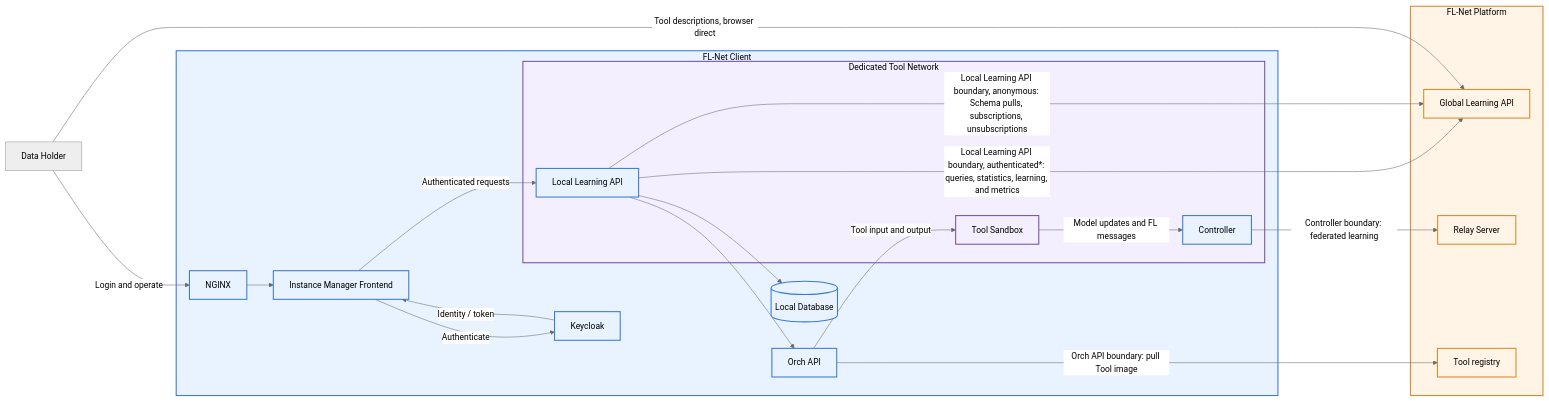
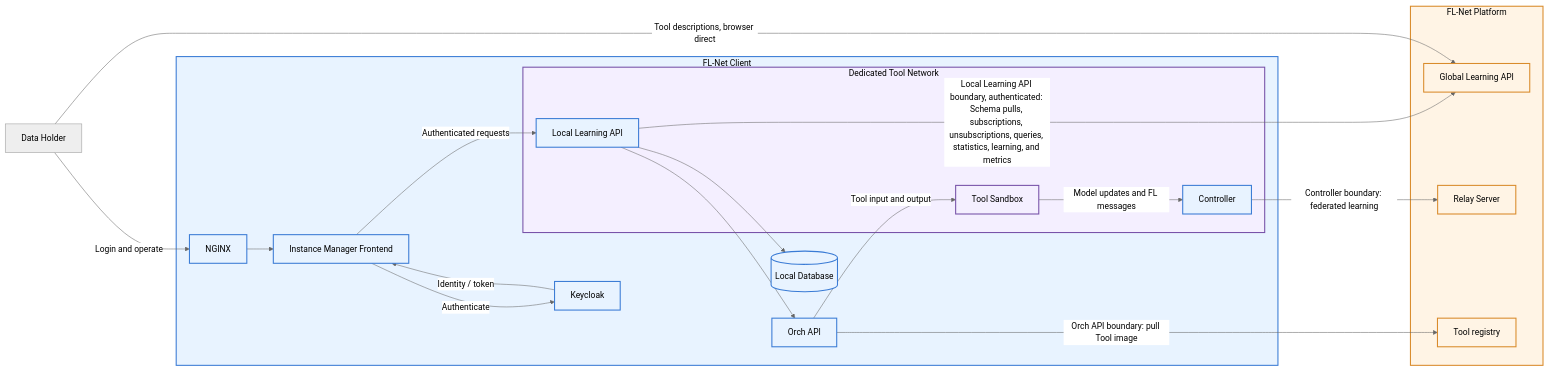
Diagram 12 of 12 in docs/intro/architecture/data-flow-client.md (FedLearnNet/Documentation), drawn with Mermaid (neutral theme) before and after one commit. The commit also changed other lines of this file and 5 other files, not shown here.

````diff
--- a/docs/intro/architecture/data-flow-client.md
+++ b/docs/intro/architecture/data-flow-client.md
@@ -584,51 +584,50 @@
 ```mermaid
 flowchart LR
     USER[Data Holder]
 
     subgraph CLIENT[FL-Net Client]
         NGINX[NGINX]
         FE[Instance Manager Frontend]
         KC[Keycloak]
         DB[(Local Database)]
         ORCH[Orch API]
 
         subgraph TOOLNETWORK[Dedicated Tool Network]
             LLA[Local Learning API]
             CTRL[Controller]
             TOOL[Tool Sandbox]
         end
     end
 
     subgraph PLATFORM[FL-Net Platform]
         GLA[Global Learning API]
         RELAY[Relay Server]
         REG[Tool registry]
     end
 
     classDef client fill:#e8f3ff,stroke:#3a7bd5,stroke-width:2px,color:#000
     classDef toolnet fill:#f4efff,stroke:#7651a8,stroke-width:2px,color:#000
     classDef platform fill:#fff4e5,stroke:#d98b2b,stroke-width:2px,color:#000
 
     class NGINX,FE,KC,DB,ORCH,LLA,CTRL client
     class TOOL toolnet
     class GLA,RELAY,REG platform
 
     style CLIENT fill:#e8f3ff,stroke:#3a7bd5,stroke-width:2px,color:#000
     style TOOLNETWORK fill:#f4efff,stroke:#7651a8,stroke-width:2px,color:#000
     style PLATFORM fill:#fff4e5,stroke:#d98b2b,stroke-width:2px,color:#000
 
     USER -->|Login and operate| NGINX
     NGINX --> FE
     FE -->|Authenticate| KC
     KC -->|Identity / token| FE
     FE -->|Authenticated requests| LLA
     LLA --> DB
     LLA --> ORCH
     ORCH -->|Tool input and output| TOOL
     ORCH -->|Orch API boundary: pull Tool image| REG
     TOOL -->|Model updates and FL messages| CTRL
     CTRL -->|Controller boundary: federated learning| RELAY
-    LLA -->|Local Learning API boundary, authenticated*: queries, statistics, learning, and metrics| GLA
-    LLA -->|Local Learning API boundary, anonymous: Schema pulls, subscriptions, unsubscriptions| GLA
+    LLA -->|Local Learning API boundary, authenticated: Schema pulls, subscriptions, unsubscriptions, queries, statistics, learning, and metrics| GLA
     USER -->|Tool descriptions, browser direct| GLA
 ```
````
